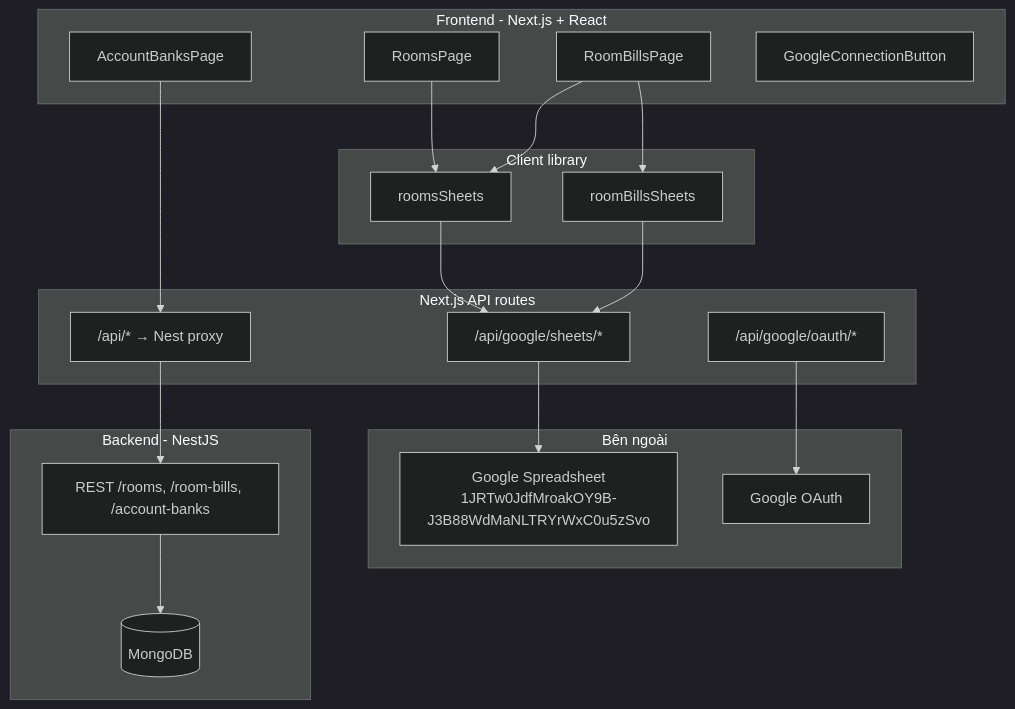
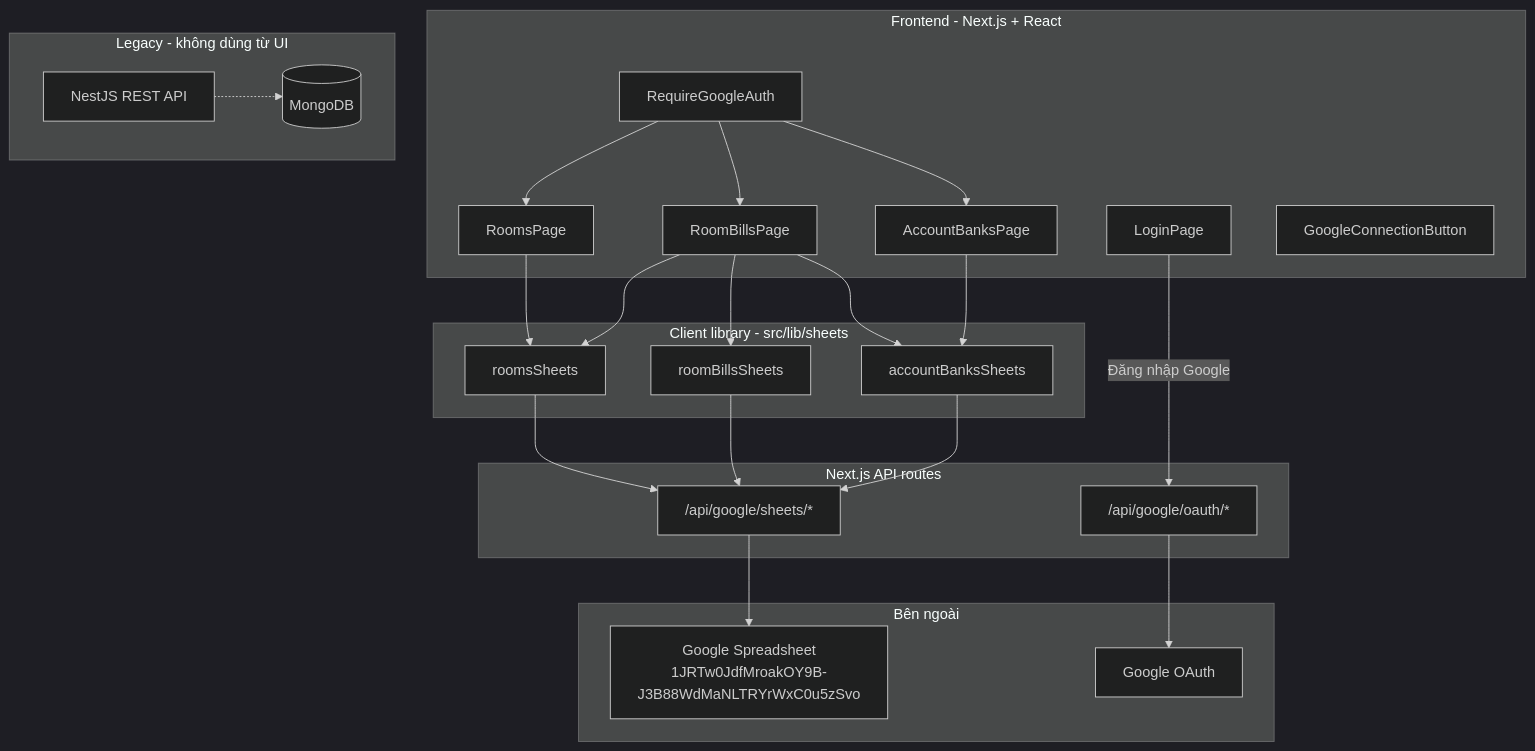
The first of 3 diagrams in PROJECT_DOCS.md (anson190777/management-myself), drawn with Mermaid (dark theme) before and after one commit. The commit also changed other lines of this file and 27 other files, not shown here.

First line of the commit message:
Complete Google Sheets migration with OAuth login and yearly bill tabs.

````diff
--- a/PROJECT_DOCS.md
+++ b/PROJECT_DOCS.md
@@ -27,37 +28,44 @@
 ```mermaid
 flowchart TB
   subgraph ui [Frontend - Next.js + React]
+    LoginPage
+    RequireGoogleAuth
     RoomsPage
     RoomBillsPage
     AccountBanksPage
     GoogleConnectionButton
   end
-  subgraph sheetsLib [Client library]
+  subgraph sheetsLib [Client library - src/lib/sheets]
     roomsSheets
     roomBillsSheets
+    accountBanksSheets
   end
   subgraph nextApi [Next.js API routes]
     oauth["/api/google/oauth/*"]
     sheetsApi["/api/google/sheets/*"]
-    proxy["/api/* → Nest proxy"]
   end
   subgraph external [Bên ngoài]
     GSheet["Google Spreadsheet\n1JRTw0JdfMroakOY9B-J3B88WdMaNLTRYrWxC0u5zSvo"]
     GoogleOAuth[Google OAuth]
   end
-  subgraph backend [Backend - NestJS]
-    NestAPI["REST /rooms, /room-bills, /account-banks"]
+  subgraph legacy [Legacy - không dùng từ UI]
+    NestAPI["NestJS REST API"]
     MongoDB[(MongoDB)]
   end
 
+  LoginPage -->|"Đăng nhập Google"| oauth
+  RequireGoogleAuth --> RoomsPage
+  RequireGoogleAuth --> RoomBillsPage
+  RequireGoogleAuth --> AccountBanksPage
   RoomsPage --> roomsSheets
   RoomBillsPage --> roomsSheets
   RoomBillsPage --> roomBillsSheets
-  AccountBanksPage --> proxy
+  RoomBillsPage --> accountBanksSheets
+  AccountBanksPage --> accountBanksSheets
   roomsSheets --> sheetsApi
   roomBillsSheets --> sheetsApi
+  accountBanksSheets --> sheetsApi
   sheetsApi --> GSheet
   oauth --> GoogleOAuth
-  proxy --> NestAPI
-  NestAPI --> MongoDB
+  NestAPI -.-> MongoDB
 ```
````
